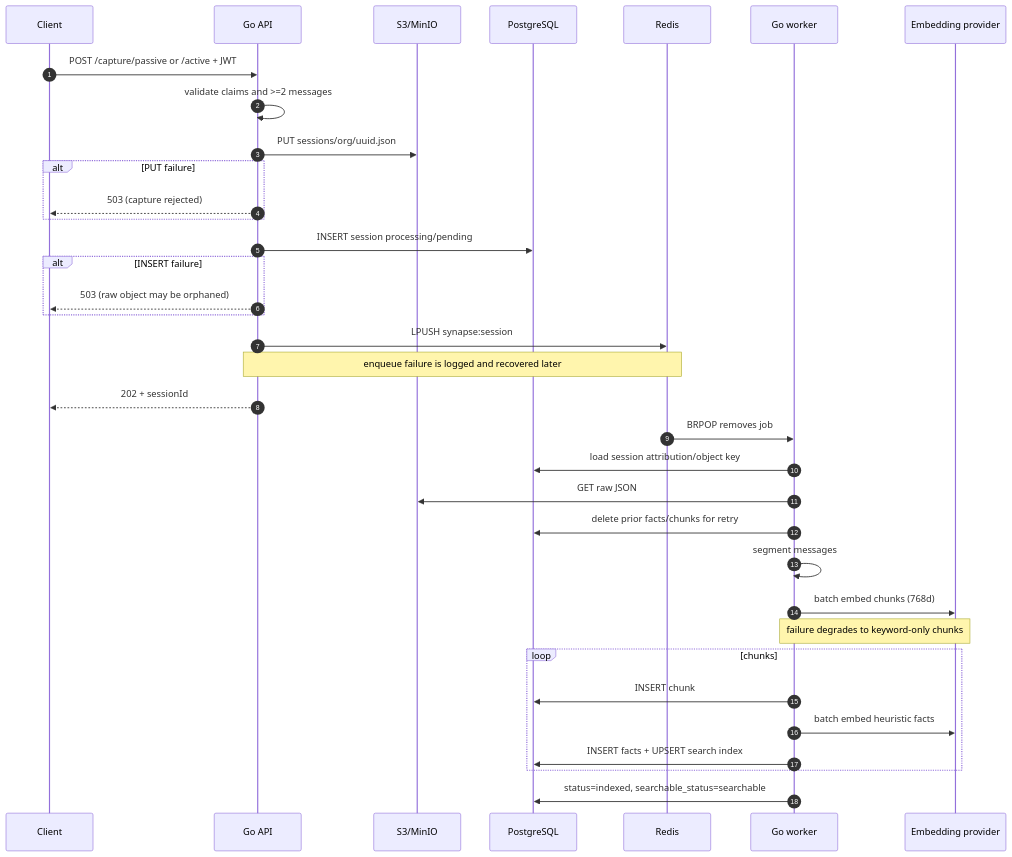
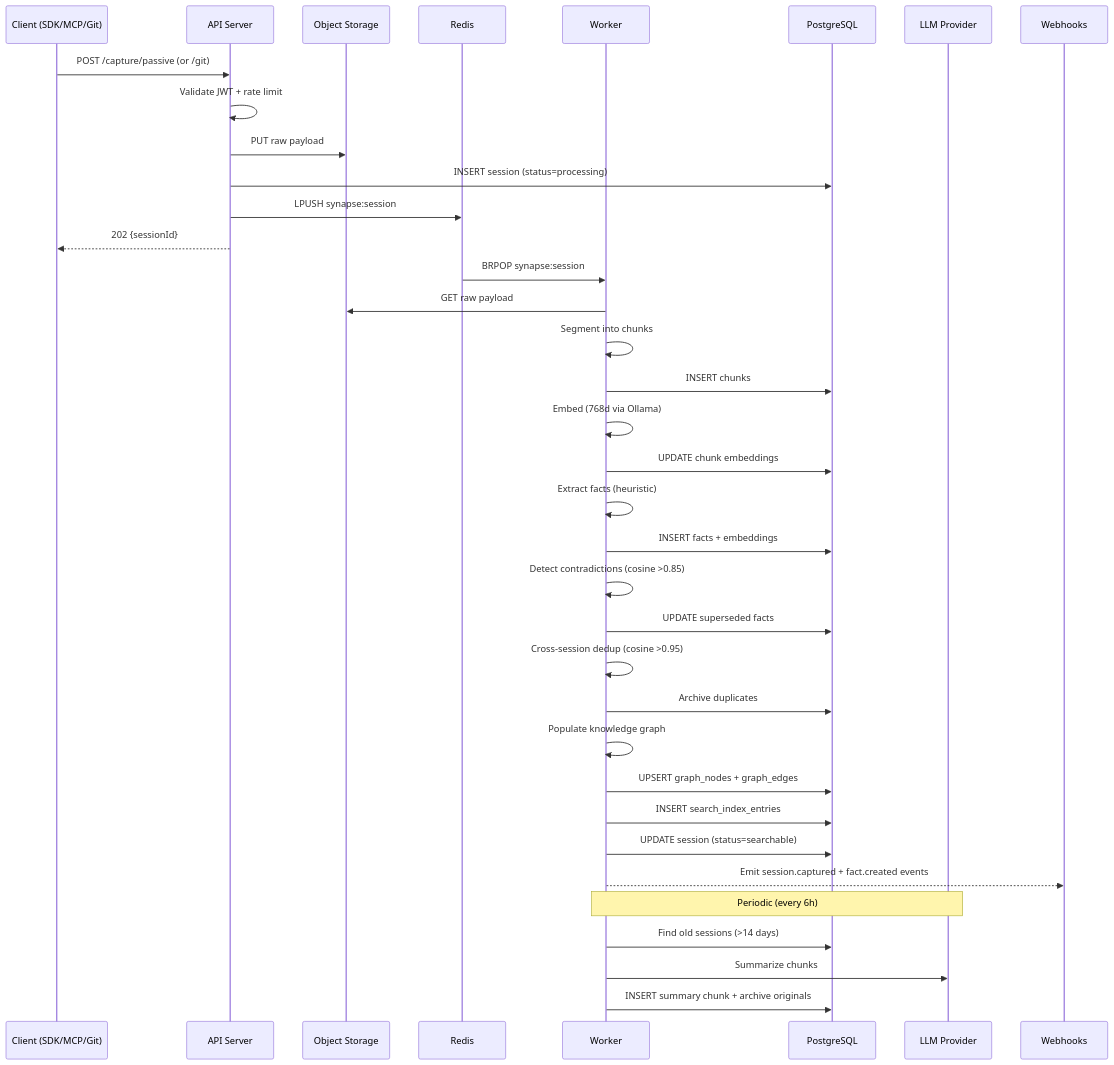
One commit to mihaibalaci/synapse changed the diagram in docs/diagrams/write-path.mmd. Above: the diagram before and after it, drawn with Mermaid. The commit also changed 16 other files, not shown here.

First line of the commit message:
docs+ui: complete v1.0.0 documentation, MCP tools, diagrams, and admin panel

```diff
--- a/docs/diagrams/write-path.mmd
+++ b/docs/diagrams/write-path.mmd
@@ -1,37 +1,39 @@
 sequenceDiagram
-  autonumber
-  participant C as Client
-  participant A as Go API
-  participant O as S3/MinIO
-  participant P as PostgreSQL
-  participant R as Redis
-  participant W as Go worker
-  participant E as Embedding provider
+    participant C as Client (SDK/MCP/Git)
+    participant A as API Server
+    participant S3 as Object Storage
+    participant R as Redis
+    participant W as Worker
+    participant PG as PostgreSQL
+    participant LLM as LLM Provider
+    participant WH as Webhooks
 
-  C->>A: POST /capture/passive or /active + JWT
-  A->>A: validate claims and >=2 messages
-  A->>O: PUT sessions/org/uuid.json
-  alt PUT failure
-    A-->>C: 503 (capture rejected)
-  end
-  A->>P: INSERT session processing/pending
-  alt INSERT failure
-    A-->>C: 503 (raw object may be orphaned)
-  end
-  A->>R: LPUSH synapse:session
-  Note over A,R: enqueue failure is logged and recovered later
-  A-->>C: 202 + sessionId
+    C->>A: POST /capture/passive (or /git)
+    A->>A: Validate JWT + rate limit
+    A->>S3: PUT raw payload
+    A->>PG: INSERT session (status=processing)
+    A->>R: LPUSH synapse:session
+    A-->>C: 202 {sessionId}
 
-  R->>W: BRPOP removes job
-  W->>P: load session attribution/object key
-  W->>O: GET raw JSON
-  W->>P: delete prior facts/chunks for retry
-  W->>W: segment messages
-  W->>E: batch embed chunks (768d)
-  Note over W,E: failure degrades to keyword-only chunks
-  loop chunks
-    W->>P: INSERT chunk
-    W->>E: batch embed heuristic facts
-    W->>P: INSERT facts + UPSERT search index
-  end
-  W->>P: status=indexed, searchable_status=searchable
+    R->>W: BRPOP synapse:session
+    W->>S3: GET raw payload
+    W->>W: Segment into chunks
+    W->>PG: INSERT chunks
+    W->>W: Embed (768d via Ollama)
+    W->>PG: UPDATE chunk embeddings
+    W->>W: Extract facts (heuristic)
+    W->>PG: INSERT facts + embeddings
+    W->>W: Detect contradictions (cosine >0.85)
+    W->>PG: UPDATE superseded facts
+    W->>W: Cross-session dedup (cosine >0.95)
+    W->>PG: Archive duplicates
+    W->>W: Populate knowledge graph
+    W->>PG: UPSERT graph_nodes + graph_edges
+    W->>PG: INSERT search_index_entries
+    W->>PG: UPDATE session (status=searchable)
+    W-->>WH: Emit session.captured + fact.created events
+
+    Note over W,LLM: Periodic (every 6h)
+    W->>PG: Find old sessions (>14 days)
+    W->>LLM: Summarize chunks
+    W->>PG: INSERT summary chunk + archive originals
```
